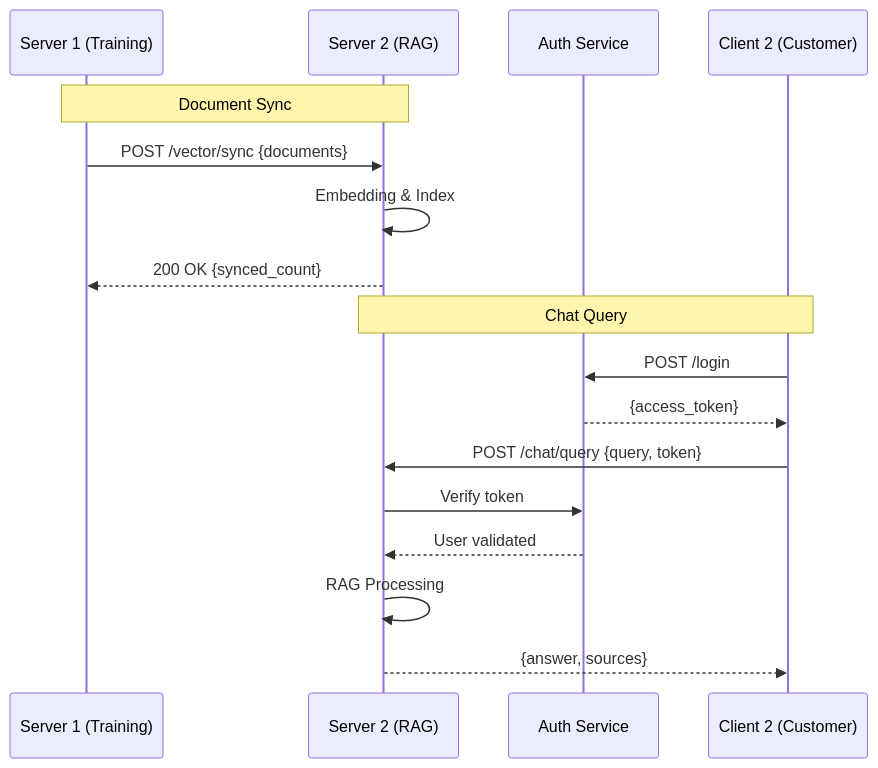
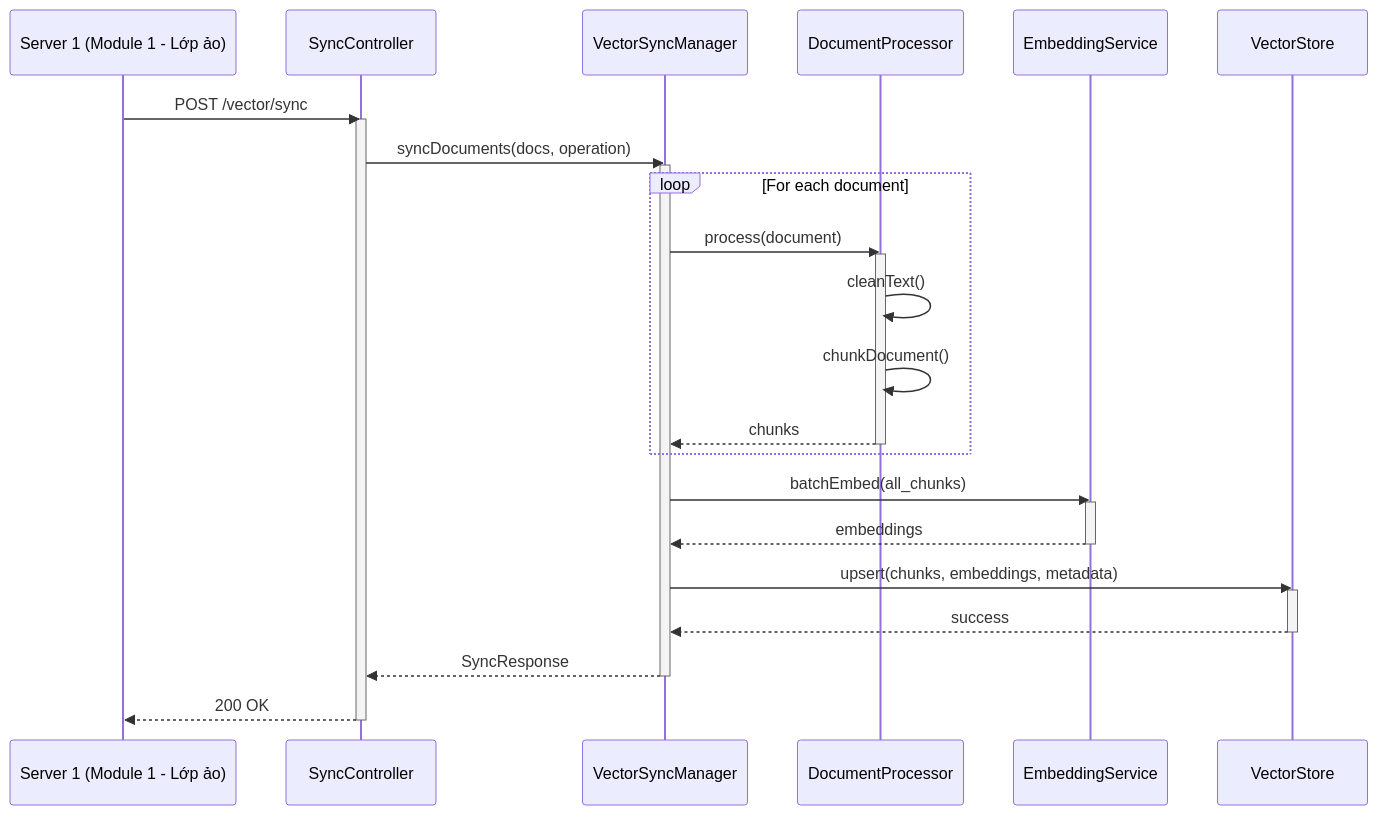
Diagram 11 of 13 in README.md (tvanle/Module2-HTTM), drawn with Mermaid before and after one commit. The commit also changed other lines of this file, not shown here.

````diff
--- a/README.md
+++ b/README.md
@@ -534,22 +685,40 @@
 ```mermaid
 sequenceDiagram
-    participant S1 as Server 1 (Training)
-    participant S2 as Server 2 (RAG)
-    participant Auth as Auth Service
-    participant C2 as Client 2 (Customer)
+    participant S1 as Server 1 (Module 1 - Lớp ảo)
+    participant Ctrl as SyncController
+    participant Sync as VectorSyncManager
+    participant Proc as DocumentProcessor
+    participant Embed as EmbeddingService
+    participant VDB as VectorStore
 
-    Note over S1,S2: Document Sync
-    S1->>S2: POST /vector/sync {documents}
-    S2->>S2: Embedding & Index
-    S2-->>S1: 200 OK {synced_count}
+    S1->>Ctrl: POST /vector/sync
+    activate Ctrl
 
-    Note over C2,S2: Chat Query
-    C2->>Auth: POST /login
-    Auth-->>C2: {access_token}
+    Ctrl->>Sync: syncDocuments(docs, operation)
+    activate Sync
 
-    C2->>S2: POST /chat/query {query, token}
-    S2->>Auth: Verify token
-    Auth-->>S2: User validated
-    S2->>S2: RAG Processing
-    S2-->>C2: {answer, sources}
+    loop For each document
+        Sync->>Proc: process(document)
+        activate Proc
+        Proc->>Proc: cleanText()
+        Proc->>Proc: chunkDocument()
+        Proc-->>Sync: chunks
+        deactivate Proc
+    end
+
+    Sync->>Embed: batchEmbed(all_chunks)
+    activate Embed
+    Embed-->>Sync: embeddings
+    deactivate Embed
+
+    Sync->>VDB: upsert(chunks, embeddings, metadata)
+    activate VDB
+    VDB-->>Sync: success
+    deactivate VDB
+
+    Sync-->>Ctrl: SyncResponse
+    deactivate Sync
+
+    Ctrl-->>S1: 200 OK
+    deactivate Ctrl
 ```
````
